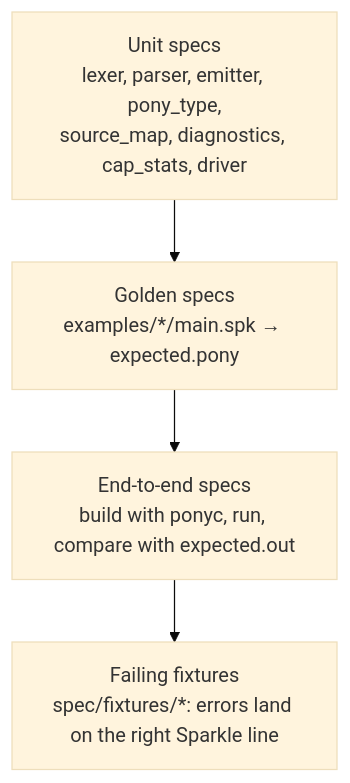
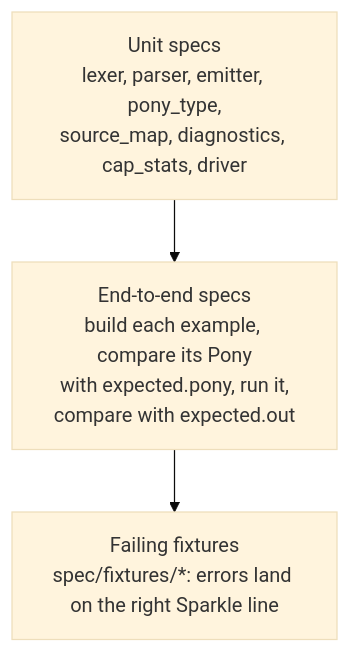
Before and after one commit to nogginly/sparkle: the first of 2 diagrams in DEVELOPMENT.md, drawn with Mermaid (base theme). The commit also changed other lines of this file, not shown here.

First line of the commit message:
Describe the golden tier as part of the end-to-end specs

````diff
--- a/DEVELOPMENT.md
+++ b/DEVELOPMENT.md
@@ -107,6 +107,5 @@
 ```mermaid
 flowchart TD
-    U["Unit specs<br/>lexer, parser, emitter, pony_type,<br/>source_map, diagnostics, cap_stats, driver"] --> G["Golden specs<br/>examples/*/main.spk → expected.pony"]
-    G --> E["End-to-end specs<br/>build with ponyc, run, compare with expected.out"]
+    U["Unit specs<br/>lexer, parser, emitter, pony_type,<br/>source_map, diagnostics, cap_stats, driver"] --> E["End-to-end specs<br/>build each example, compare its Pony<br/>with expected.pony, run it,<br/>compare with expected.out"]
     E --> F["Failing fixtures<br/>spec/fixtures/*: errors land on the right Sparkle line"]
 ```
````
